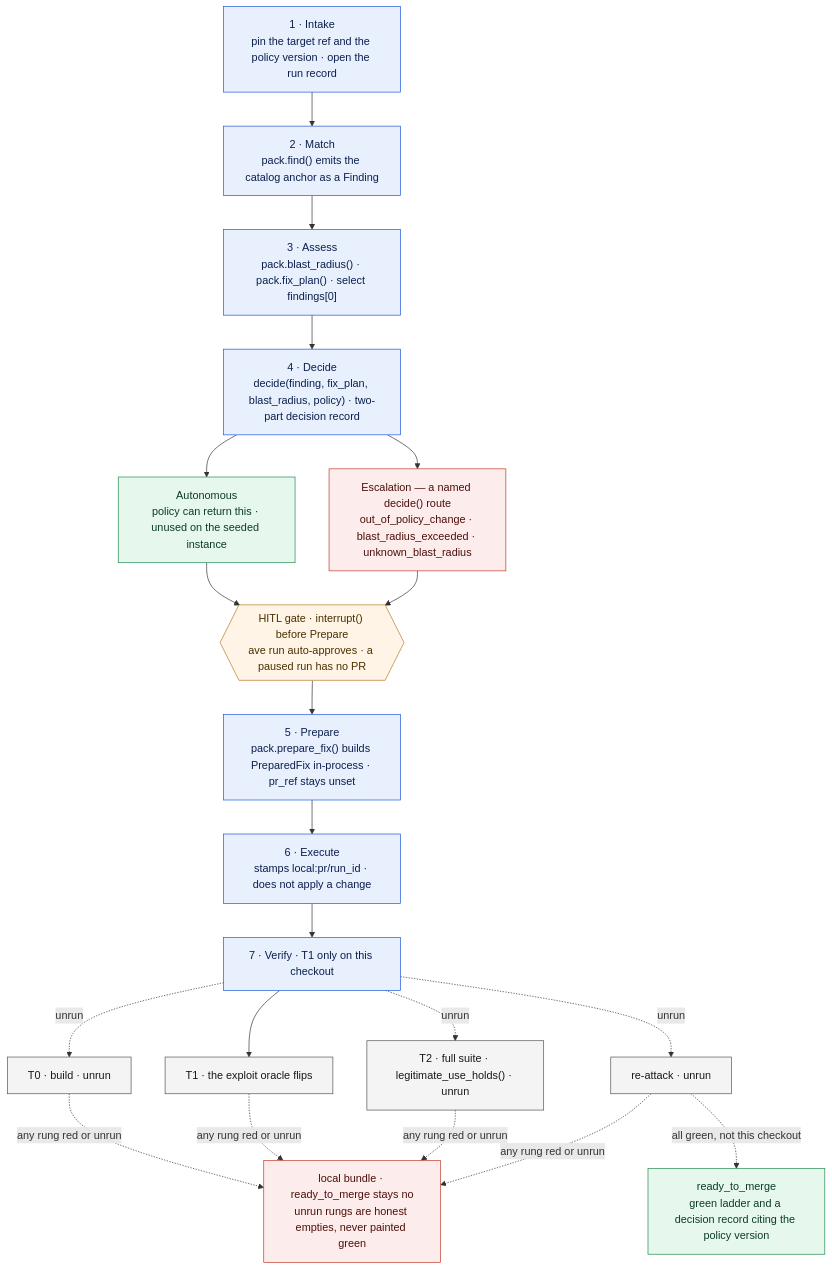
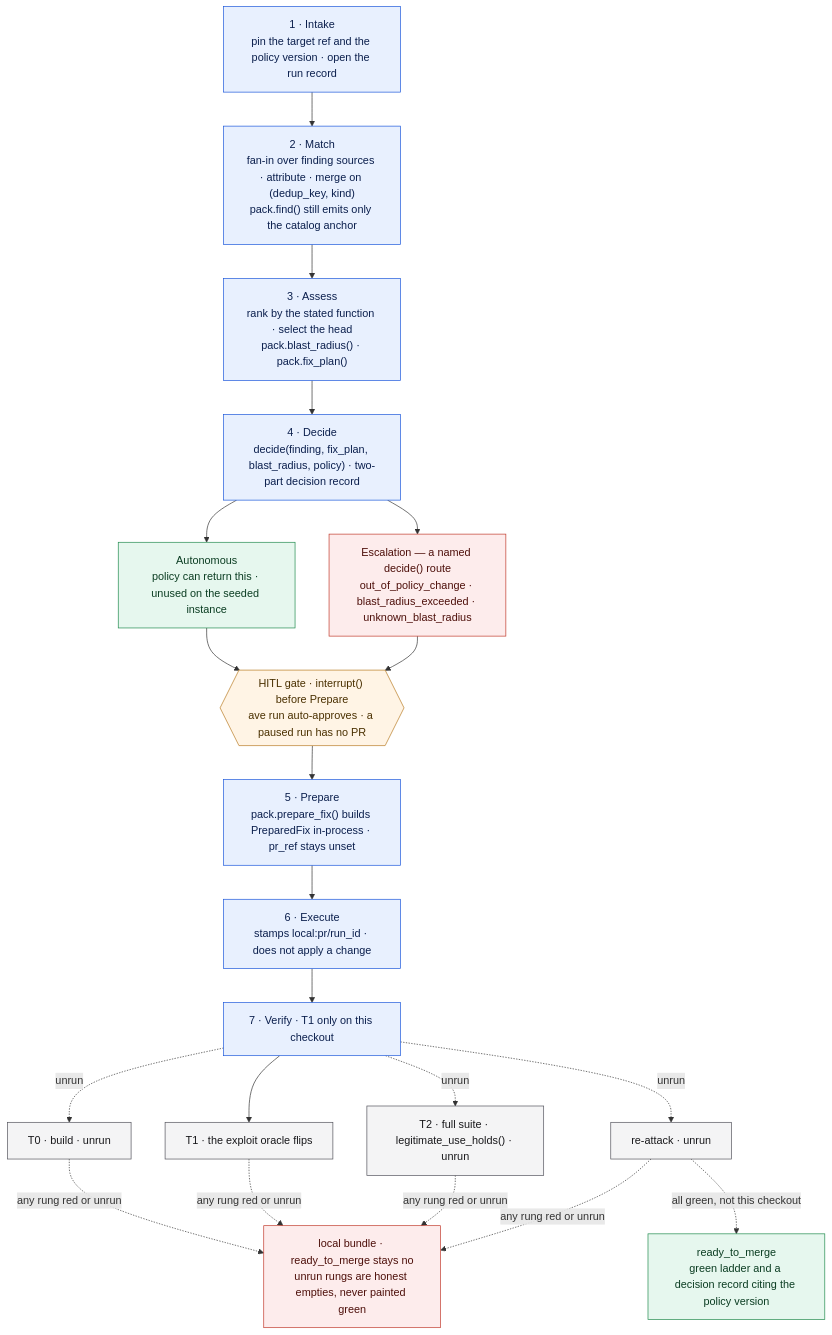
The second of 2 diagrams in README.md (luis-barragan-cybersecurity/agentic-vulnops), drawn with Mermaid before and after one commit. The commit also changed 2 other files, not shown here.

Commit message:
docs: describe the fan-in, the dedup_key seam split, and head selection

````diff
--- a/README.md
+++ b/README.md
@@ -175,36 +175,36 @@
 ```mermaid
 flowchart TB
   classDef phase fill:#e8f0fe,stroke:#1a56db,color:#0b1f4d
   classDef gate fill:#fff4e5,stroke:#b7791f,color:#4a3000
   classDef ok fill:#e6f7ee,stroke:#1f8a4c,color:#0b3d22
   classDef stop fill:#fdecec,stroke:#c0392b,color:#4d0f0a
   classDef rung fill:#f4f4f5,stroke:#52525b,color:#18181b
 
   IN["1 · Intake<br/>pin the target ref and the policy version · open the run record"]:::phase
-  MA["2 · Match<br/>pack.find() emits the catalog anchor as a Finding"]:::phase
-  AS["3 · Assess<br/>pack.blast_radius() · pack.fix_plan() · select findings[0]"]:::phase
+  MA["2 · Match<br/>fan-in over finding sources · attribute · merge on (dedup_key, kind)<br/>pack.find() still emits only the catalog anchor"]:::phase
+  AS["3 · Assess<br/>rank by the stated function · select the head<br/>pack.blast_radius() · pack.fix_plan()"]:::phase
   DE["4 · Decide<br/>decide(finding, fix_plan, blast_radius, policy) · two-part decision record"]:::phase
   AUTO["Autonomous<br/>policy can return this · unused on the seeded instance"]:::ok
   ESC["Escalation — a named decide() route<br/>out_of_policy_change · blast_radius_exceeded · unknown_blast_radius"]:::stop
   GATE{{"HITL gate · interrupt() before Prepare<br/>ave run auto-approves · a paused run has no PR"}}:::gate
   PP["5 · Prepare<br/>pack.prepare_fix() builds PreparedFix in-process · pr_ref stays unset"]:::phase
   EX["6 · Execute<br/>stamps local:pr/run_id · does not apply a change"]:::phase
   VE["7 · Verify · T1 only on this checkout"]:::phase
   T0["T0 · build · unrun"]:::rung
   T1["T1 · the exploit oracle flips"]:::rung
   T2["T2 · full suite · legitimate_use_holds() · unrun"]:::rung
   RA["re-attack · unrun"]:::rung
   RTM["ready_to_merge<br/>green ladder and a decision record citing the policy version"]:::ok
   DRAFT["local bundle · ready_to_merge stays no<br/>unrun rungs are honest empties, never painted green"]:::stop
 
   IN --> MA --> AS --> DE
   DE --> AUTO --> GATE
   DE --> ESC --> GATE
   GATE --> PP --> EX --> VE
   VE --> T1
   VE -. "unrun" .-> T0
   VE -. "unrun" .-> T2
   VE -. "unrun" .-> RA
   T0 & T1 & T2 & RA -. "any rung red or unrun" .-> DRAFT
   RA -. "all green, not this checkout" .-> RTM
 ```
````
